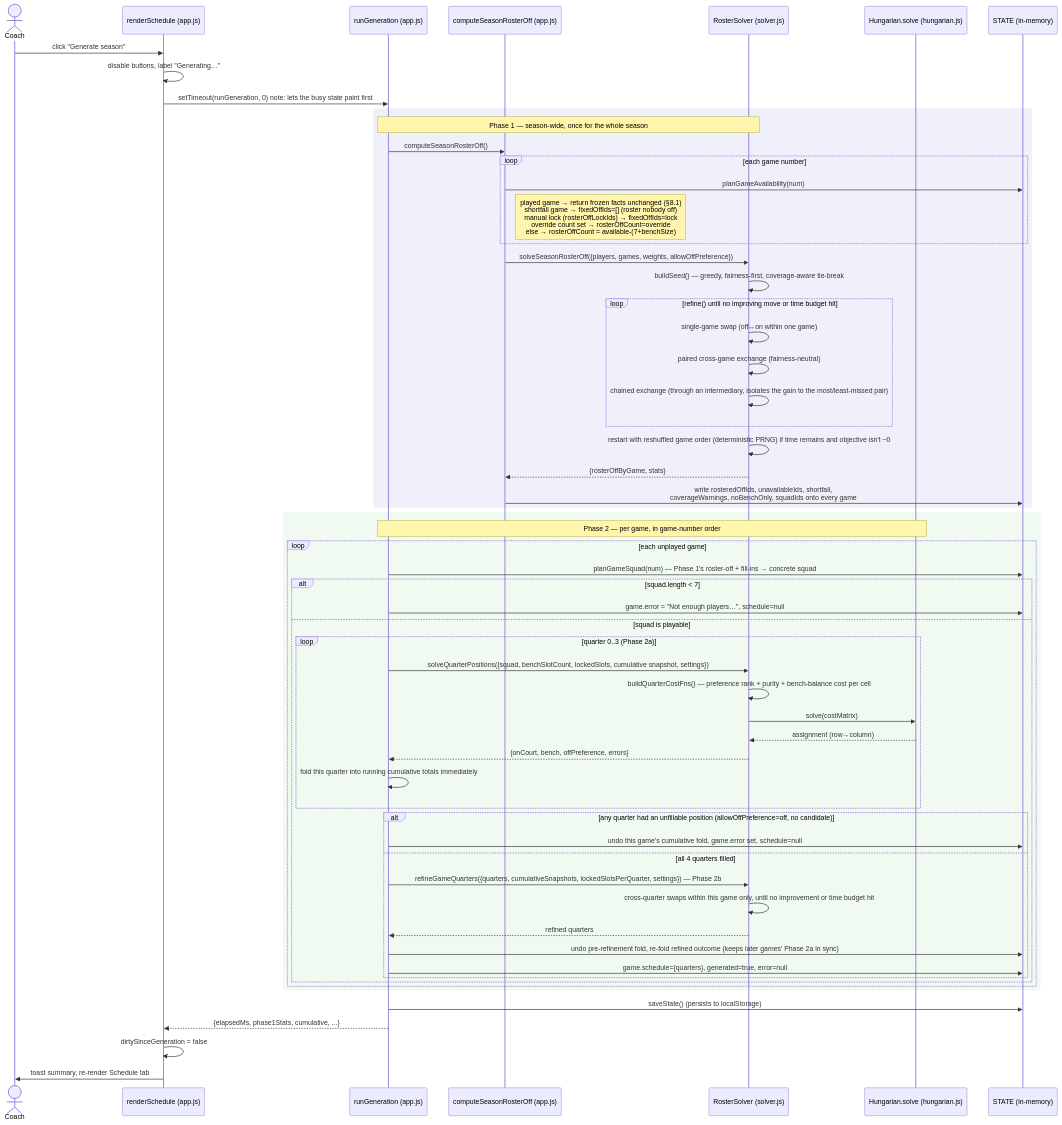
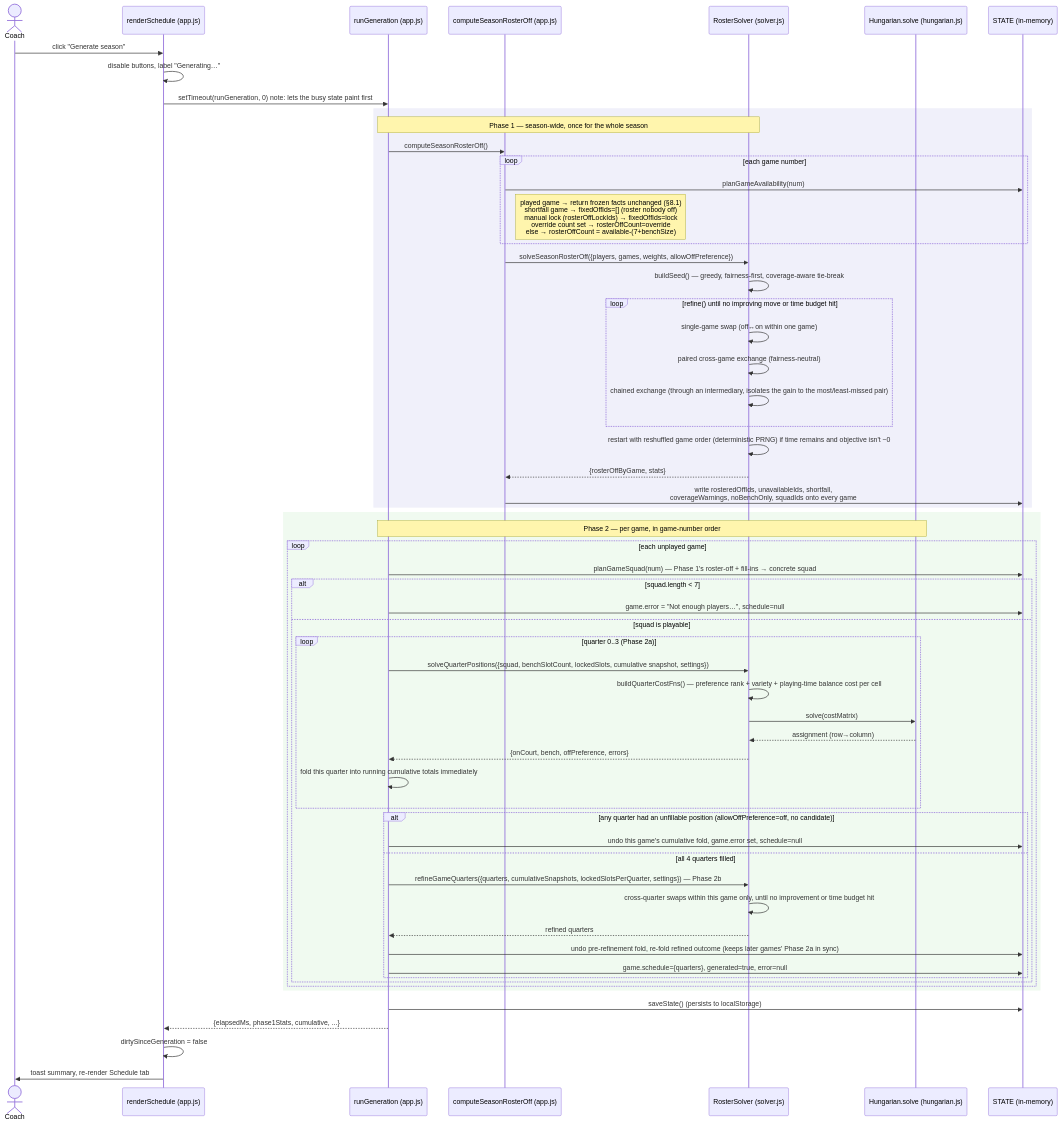
Before and after one commit to dj8/nb-roster-mgr: the first of 4 diagrams in docs/flows.md, drawn with Mermaid. The commit also changed 20 other files, not shown here.

````diff
--- a/docs/flows.md
+++ b/docs/flows.md
@@ -16,66 +16,66 @@
 ```mermaid
 sequenceDiagram
     actor Coach
     participant UI as renderSchedule (app.js)
     participant Gen as runGeneration (app.js)
     participant P1 as computeSeasonRosterOff (app.js)
     participant Solver as RosterSolver (solver.js)
     participant Hung as Hungarian.solve (hungarian.js)
     participant State as STATE (in-memory)
 
     Coach->>UI: click "Generate season"
     UI->>UI: disable buttons, label "Generating…"
     UI->>Gen: setTimeout(runGeneration, 0)  note: lets the busy state paint first
 
     rect rgb(240,240,250)
     note over Gen,Solver: Phase 1 — season-wide, once for the whole season
     Gen->>P1: computeSeasonRosterOff()
     loop each game number
         P1->>State: planGameAvailability(num)
         note right of P1: played game → return frozen facts unchanged (§8.1)<br/>shortfall game → fixedOffIds=[] (roster nobody off)<br/>manual lock (rosterOffLockIds) → fixedOffIds=lock<br/>override count set → rosterOffCount=override<br/>else → rosterOffCount = available-(7+benchSize)
     end
     P1->>Solver: solveSeasonRosterOff({players, games, weights, allowOffPreference})
     Solver->>Solver: buildSeed() — greedy, fairness-first, coverage-aware tie-break
     loop refine() until no improving move or time budget hit
         Solver->>Solver: single-game swap (off↔on within one game)
         Solver->>Solver: paired cross-game exchange (fairness-neutral)
         Solver->>Solver: chained exchange (through an intermediary, isolates the gain to the most/least-missed pair)
     end
     Solver->>Solver: restart with reshuffled game order (deterministic PRNG) if time remains and objective isn't ~0
     Solver-->>P1: {rosterOffByGame, stats}
     P1->>State: write rosteredOffIds, unavailableIds, shortfall,<br/>coverageWarnings, noBenchOnly, squadIds onto every game
     end
 
     rect rgb(240,250,240)
     note over Gen,Hung: Phase 2 — per game, in game-number order
     loop each unplayed game
         Gen->>State: planGameSquad(num) — Phase 1's roster-off + fill-ins → concrete squad
         alt squad.length < 7
             Gen->>State: game.error = "Not enough players…", schedule=null
         else squad is playable
             loop quarter 0..3 (Phase 2a)
                 Gen->>Solver: solveQuarterPositions({squad, benchSlotCount, lockedSlots, cumulative snapshot, settings})
-                Solver->>Solver: buildQuarterCostFns() — preference rank + purity + bench-balance cost per cell
+                Solver->>Solver: buildQuarterCostFns() — preference rank + variety + playing-time balance cost per cell
                 Solver->>Hung: solve(costMatrix)
                 Hung-->>Solver: assignment (row→column)
                 Solver-->>Gen: {onCourt, bench, offPreference, errors}
                 Gen->>Gen: fold this quarter into running cumulative totals immediately
             end
             alt any quarter had an unfillable position (allowOffPreference=off, no candidate)
                 Gen->>State: undo this game's cumulative fold, game.error set, schedule=null
             else all 4 quarters filled
                 Gen->>Solver: refineGameQuarters({quarters, cumulativeSnapshots, lockedSlotsPerQuarter, settings}) — Phase 2b
                 Solver->>Solver: cross-quarter swaps within this game only, until no improvement or time budget hit
                 Solver-->>Gen: refined quarters
                 Gen->>State: undo pre-refinement fold, re-fold refined outcome (keeps later games' Phase 2a in sync)
                 Gen->>State: game.schedule={quarters}, generated=true, error=null
             end
         end
     end
     end
 
     Gen->>State: saveState() (persists to localStorage)
     Gen-->>UI: {elapsedMs, phase1Stats, cumulative, ...}
     UI->>UI: dirtySinceGeneration = false
     UI->>Coach: toast summary, re-render Schedule tab
 ```
````
